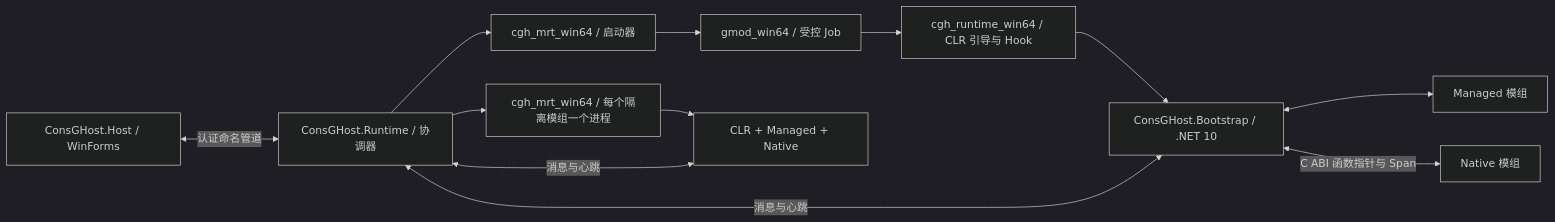
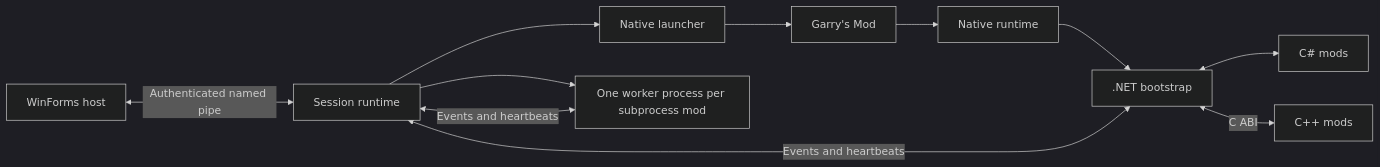
The diagram in docs/architecture.md (LytharaLab/ConsGHost), drawn with Mermaid (dark theme) before and after one commit. The commit also changed other lines of this file and 37 other files, not shown here.

````diff
--- a/docs/architecture.md
+++ b/docs/architecture.md
@@ -5,14 +3,13 @@
 ```mermaid
 flowchart LR
-    UI[ConsGHost.Host / WinForms] <-->|认证命名管道| RT[ConsGHost.Runtime / 协调器]
-    RT --> MRT[cgh_mrt_win64 / 启动器]
-    MRT --> GAME[gmod_win64 / 受控 Job]
-    GAME --> N[cgh_runtime_win64 / CLR 引导与 Hook]
-    N --> B[ConsGHost.Bootstrap / .NET 10]
-    B <--> CS[Managed 模组]
-    B <-->|C ABI 函数指针与 Span| CPP[Native 模组]
-    RT <-->|消息与心跳| B
-    RT --> W[cgh_mrt_win64 / 每个隔离模组一个进程]
-    W --> WB[CLR + Managed + Native]
-    WB <-->|消息与心跳| RT
+    UI[WinForms host] <-->|Authenticated named pipe| RT[Session runtime]
+    RT --> MRT[Native launcher]
+    MRT --> GAME[Garry's Mod]
+    GAME --> N[Native runtime]
+    N --> B[.NET bootstrap]
+    B <--> CS[C# mods]
+    B <-->|C ABI| CPP[C++ mods]
+    B <-->|Events and heartbeats| RT
+    RT --> W[One worker process per subprocess mod]
+    W <-->|Events and heartbeats| RT
 ```
````
